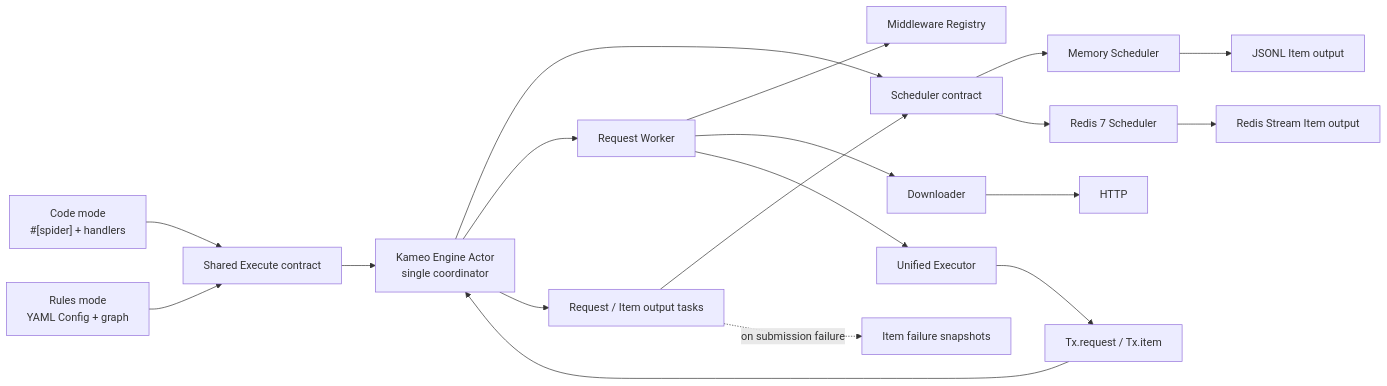
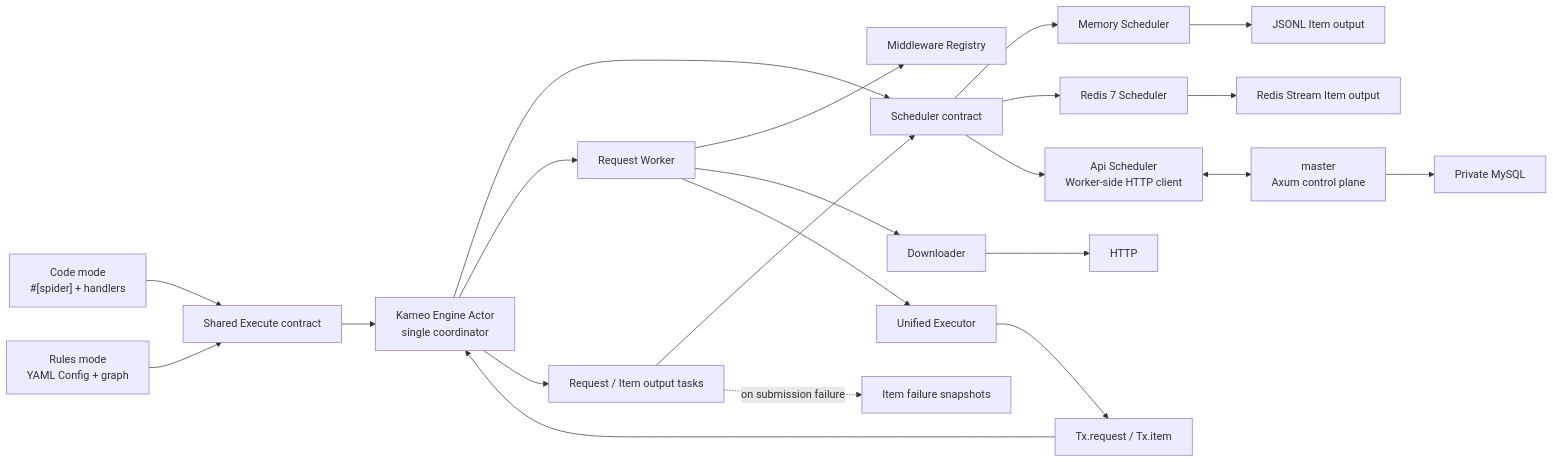
Before and after one commit to halo-space/crawler: the first of 5 diagrams in docs/architecture.md, drawn with Mermaid. The commit also changed other lines of this file and 111 other files, not shown here.

Commit message:
feat: add API scheduler and master control plane

````diff
--- a/docs/architecture.md
+++ b/docs/architecture.md
@@ -55,39 +57,45 @@
 ```mermaid
 flowchart LR
     C["Code mode<br/>#[spider] + handlers"]
     R["Rules mode<br/>YAML Config + graph"]
     X["Shared Execute contract"]
     T["Tx.request / Tx.item"]
     A["Kameo Engine Actor<br/>single coordinator"]
     S["Scheduler contract"]
     M["Memory Scheduler"]
     Z["Redis 7 Scheduler"]
+    AP["Api Scheduler<br/>Worker-side HTTP client"]
+    CP["master<br/>Axum control plane"]
+    DB["Private MySQL"]
     W["Request Worker"]
     MW["Middleware Registry"]
     D["Downloader"]
     H["HTTP"]
     E["Unified Executor"]
     O["Request / Item output tasks"]
     P["JSONL Item output"]
     I["Redis Stream Item output"]
     F["Item failure snapshots"]
 
     C --> X
     R --> X
     X --> A
     A --> S
     S --> M
     S --> Z
+    S --> AP
+    AP <--> CP
+    CP --> DB
     A --> W
     W --> MW
     W --> D
     D --> H
     W --> E
     E --> T
     T --> A
     A --> O
     O --> S
     M --> P
     Z --> I
     O -. on submission failure .-> F
 ```
````
